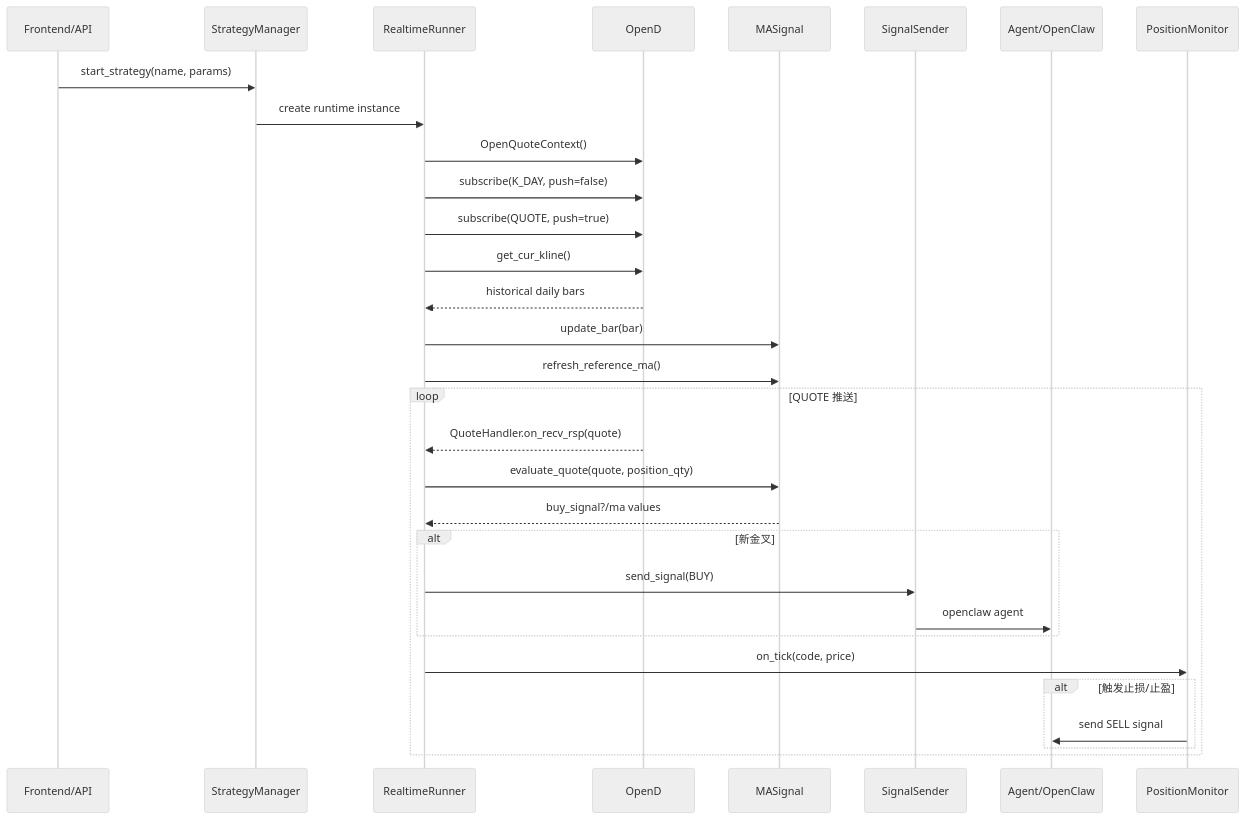
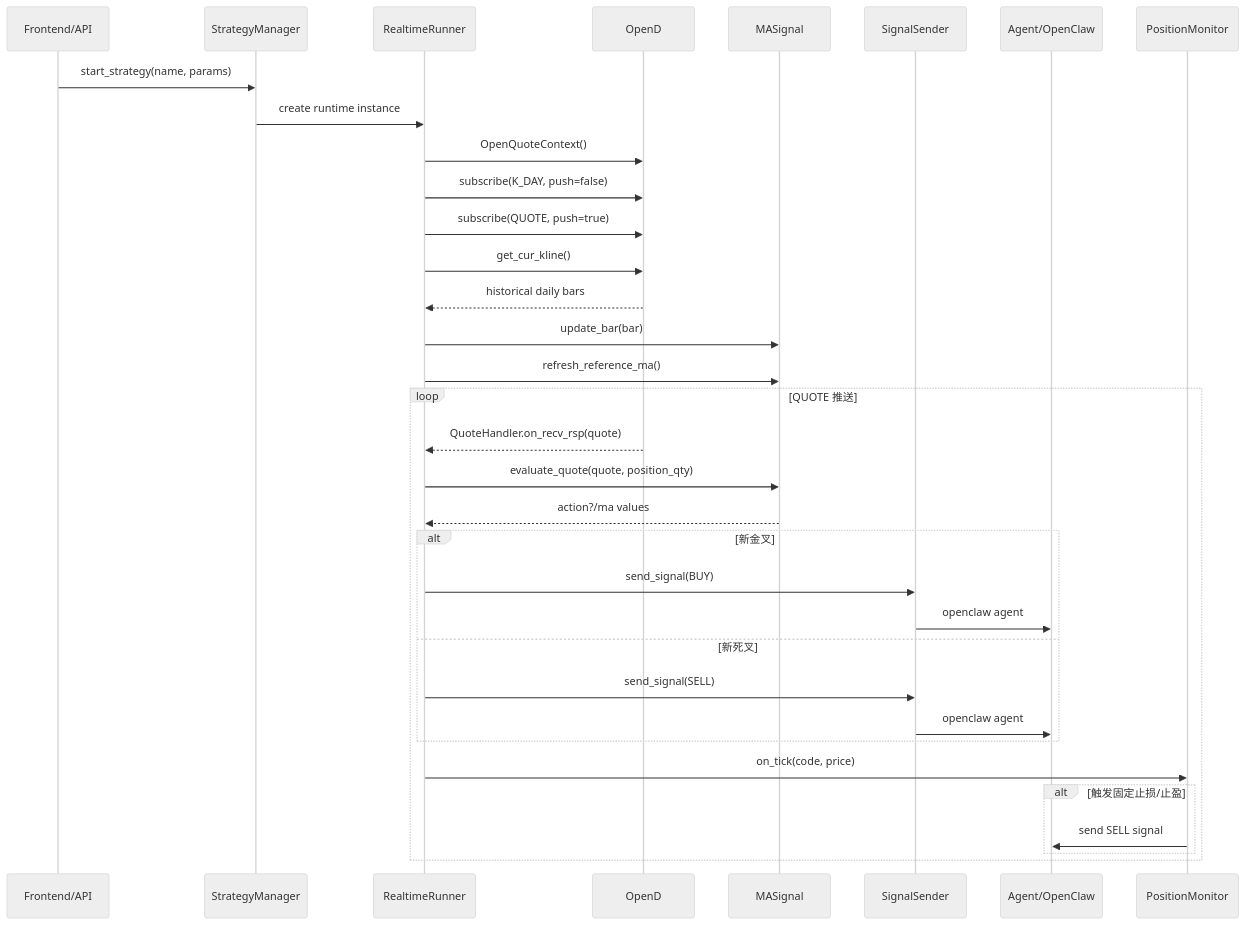
Before and after one commit to JasperLai/quant-trading-system: the third of 4 diagrams in docs/STRATEGY_ARCHITECTURE.md, drawn with Mermaid (neutral theme). The commit also changed other lines of this file and 15 other files, not shown here.

````diff
--- a/docs/STRATEGY_ARCHITECTURE.md
+++ b/docs/STRATEGY_ARCHITECTURE.md
@@ -355,35 +415,38 @@
 ```mermaid
 sequenceDiagram
     participant UI as Frontend/API
     participant SM as StrategyManager
     participant RT as RealtimeRunner
     participant OD as OpenD
     participant SG as MASignal
     participant SS as SignalSender
     participant AG as Agent/OpenClaw
     participant PM as PositionMonitor
 
     UI->>SM: start_strategy(name, params)
     SM->>RT: create runtime instance
     RT->>OD: OpenQuoteContext()
     RT->>OD: subscribe(K_DAY, push=false)
     RT->>OD: subscribe(QUOTE, push=true)
     RT->>OD: get_cur_kline()
     OD-->>RT: historical daily bars
     RT->>SG: update_bar(bar)
     RT->>SG: refresh_reference_ma()
 
     loop QUOTE 推送
         OD-->>RT: QuoteHandler.on_recv_rsp(quote)
         RT->>SG: evaluate_quote(quote, position_qty)
-        SG-->>RT: buy_signal?/ma values
+        SG-->>RT: action?/ma values
         alt 新金叉
             RT->>SS: send_signal(BUY)
             SS->>AG: openclaw agent
+        else 新死叉
+            RT->>SS: send_signal(SELL)
+            SS->>AG: openclaw agent
         end
         RT->>PM: on_tick(code, price)
-        alt 触发止损/止盈
+        alt 触发固定止损/止盈
             PM->>AG: send SELL signal
         end
     end
 ```
````
